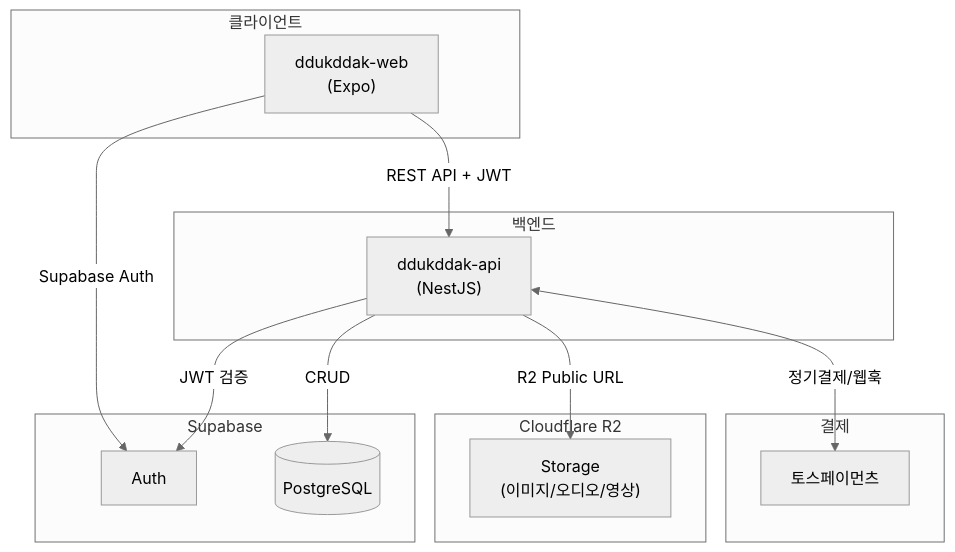
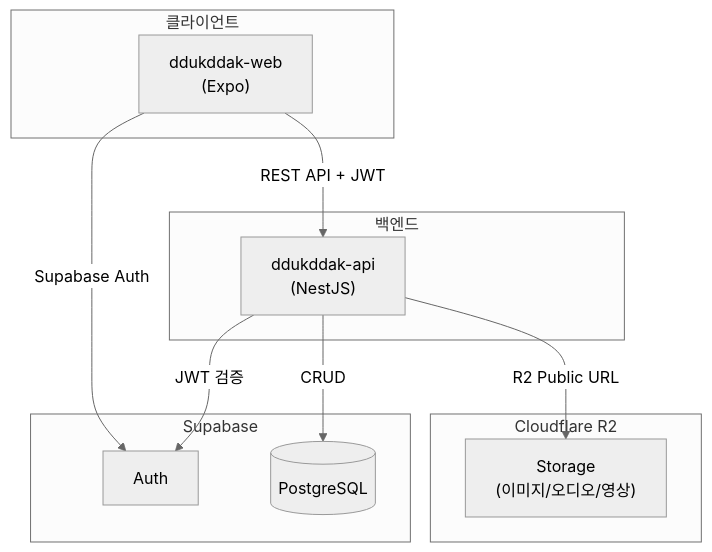
One commit to youngkim90/ddukddak-api changed the first of 2 diagrams in CLAUDE.md. Above: the diagram before and after it, drawn with Mermaid (neutral theme). The commit also changed other lines of this file and 2 other files, not shown here.

````diff
--- a/CLAUDE.md
+++ b/CLAUDE.md
@@ -65,30 +65,25 @@
 ```mermaid
 flowchart TB
     subgraph Client["클라이언트"]
         WEB["ddukddak-web<br/>(Expo)"]
     end
 
     subgraph Backend["백엔드"]
         API["ddukddak-api<br/>(NestJS)"]
     end
 
     subgraph Supabase["Supabase"]
         AUTH["Auth"]
         DB[(PostgreSQL)]
     end
 
     subgraph CloudflareR2["Cloudflare R2"]
         STORAGE["Storage<br/>(이미지/오디오/영상)"]
     end
 
-    subgraph Payment["결제"]
-        TOSS["토스페이먼츠"]
-    end
-
     WEB -->|"Supabase Auth"| AUTH
     WEB -->|"REST API + JWT"| API
     API -->|"JWT 검증"| AUTH
     API -->|"CRUD"| DB
     API -->|"R2 Public URL"| STORAGE
-    API <-->|"정기결제/웹훅"| TOSS
 ```
````
